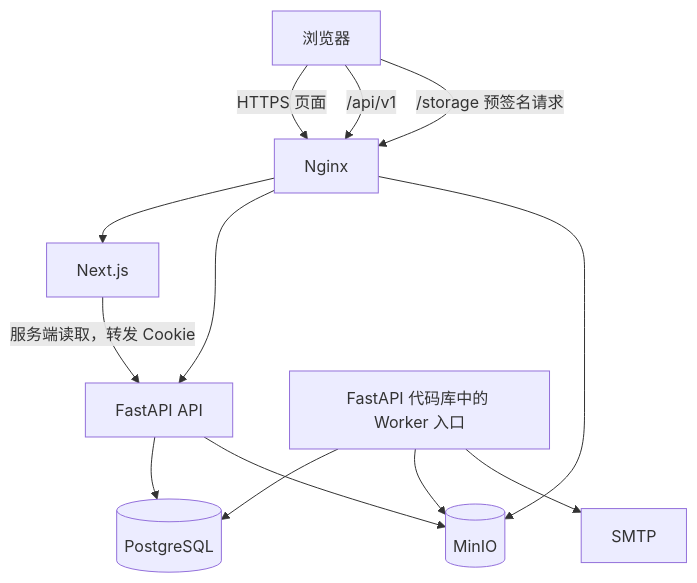
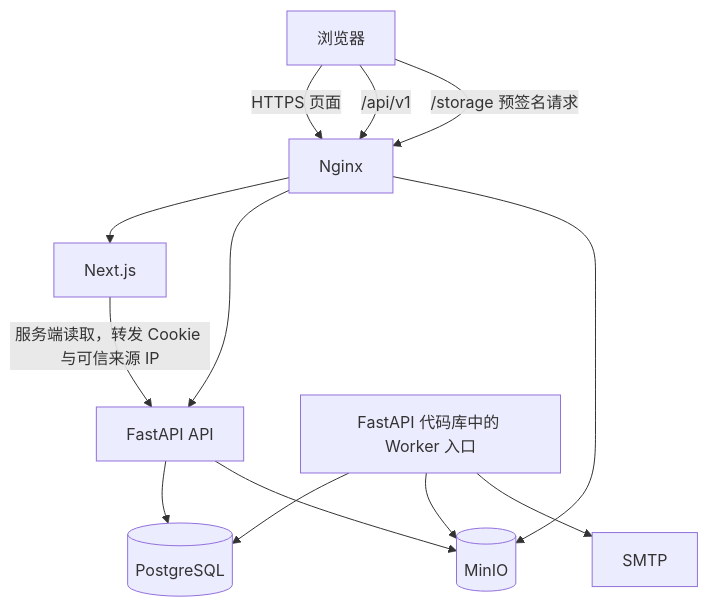
One commit to CosmosMount/homework_system changed the first of 2 diagrams in .agents/docs/05-system-architecture.md. Above: the diagram before and after it, drawn with Mermaid. The commit also changed other lines of this file and 16 other files, not shown here.

````diff
--- a/.agents/docs/05-system-architecture.md
+++ b/.agents/docs/05-system-architecture.md
@@ -49,24 +49,24 @@
 ```mermaid
 flowchart TB
     Browser[浏览器]
     Nginx[Nginx]
     Frontend[Next.js]
     Backend[FastAPI API]
     Worker[FastAPI 代码库中的 Worker 入口]
     Postgres[(PostgreSQL)]
     MinIO[(MinIO)]
     SMTP[SMTP]
 
     Browser -->|HTTPS 页面| Nginx
     Browser -->|/api/v1| Nginx
     Browser -->|/storage 预签名请求| Nginx
     Nginx --> Frontend
     Nginx --> Backend
     Nginx --> MinIO
-    Frontend -->|服务端读取，转发 Cookie| Backend
+    Frontend -->|服务端读取，转发 Cookie 与可信来源 IP| Backend
     Backend --> Postgres
     Backend --> MinIO
     Worker --> Postgres
     Worker --> MinIO
     Worker --> SMTP
 ```
````
